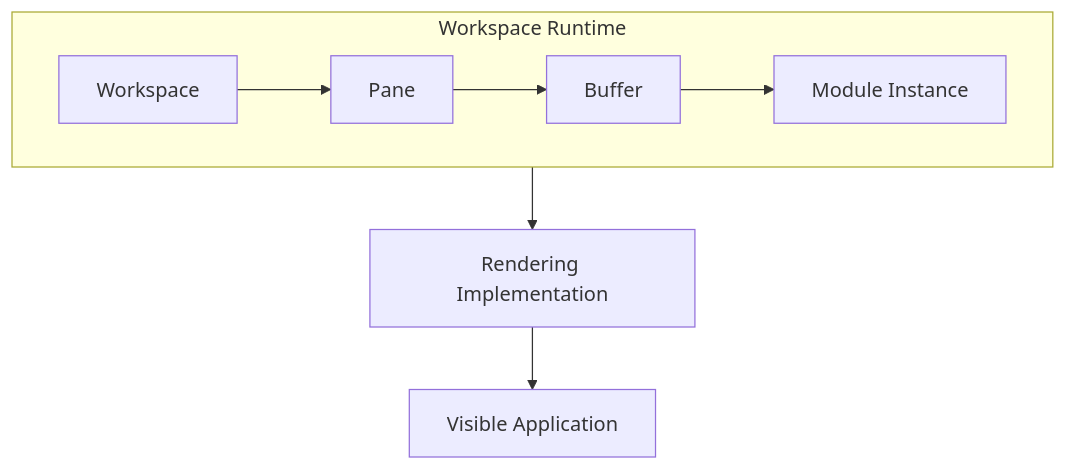
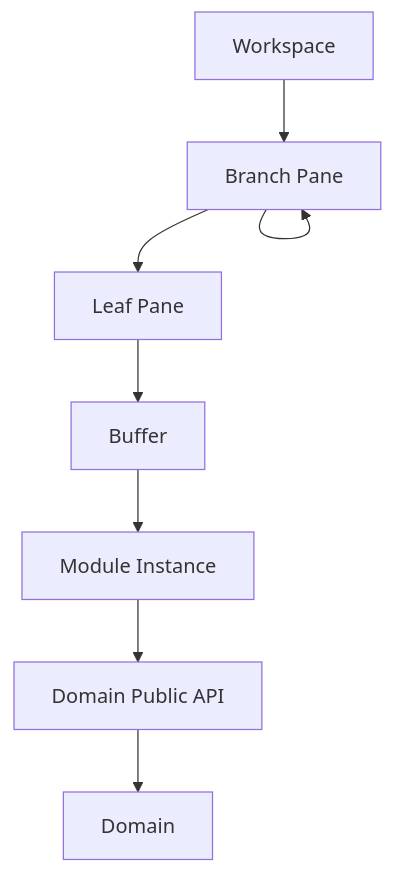
The fifth of 5 diagrams in docs/01_application-architecture/002-workspace-runtime.md (kjvonly/kjvonly.bible), drawn with Mermaid before and after one commit. The commit also changed other lines of this file, not shown here.

Commit message:
revise workspace runtime

````diff
--- a/docs/01_application-architecture/002-workspace-runtime.md
+++ b/docs/01_application-architecture/002-workspace-runtime.md
@@ -1620,18 +1939,31 @@
 ```mermaid
 flowchart TD
 
-    subgraph Runtime["Workspace Runtime"]
-        Workspace["Workspace"]
-        Pane["Pane"]
-        Buffer["Buffer"]
-        Module["Module Instance"]
+    Workspace["Workspace"]
 
-        Workspace --> Pane
-        Pane --> Buffer
-        Buffer --> Module
-    end
+    Branch["Branch Pane"]
 
-    Runtime --> Rendering["Rendering Implementation"]
+    Leaf["Leaf Pane"]
 
-    Rendering --> UI["Visible Application"]
+    Buffer["Buffer"]
+
+    Module["Module Instance"]
+
+    PublicAPI["Domain Public API"]
+
+    Domain["Domain"]
+
+    Workspace --> Branch
+
+    Branch --> Leaf
+
+    Branch --> Branch
+
+    Leaf --> Buffer
+
+    Buffer --> Module
+
+    Module --> PublicAPI
+
+    PublicAPI --> Domain
 ```
````
